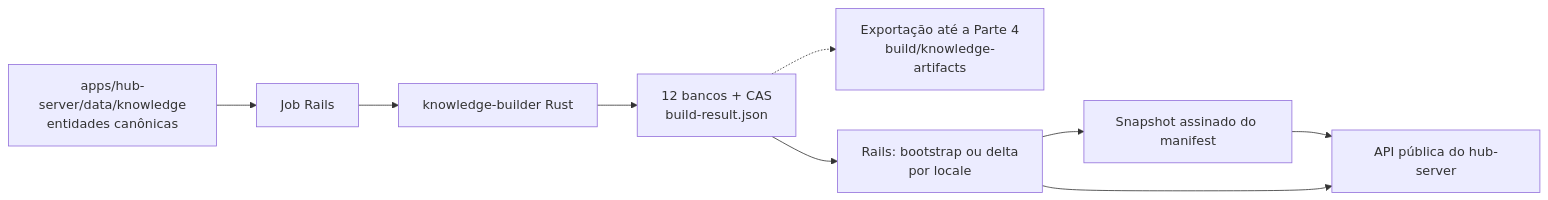
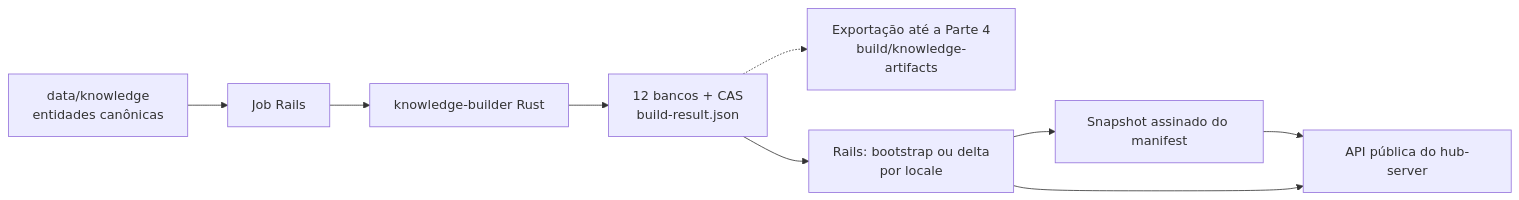
One commit to migmoroni/veterinary-clinic changed the first of 2 diagrams in docs/plans/hub-server/03-public-knowledge-publication.md. Above: the diagram before and after it, drawn with Mermaid. The commit also changed other lines of this file and 9 other files, not shown here.

Commit message:
docs: hub-server plans 6

````diff
--- a/docs/plans/hub-server/03-public-knowledge-publication.md
+++ b/docs/plans/hub-server/03-public-knowledge-publication.md
@@ -15,11 +15,11 @@
 ```mermaid
 flowchart LR
-    SOURCE["apps/hub-server/data/knowledge<br/>entidades canônicas"] --> JOB["Job Rails"]
+    SOURCE["data/knowledge<br/>entidades canônicas"] --> JOB["Job Rails"]
     JOB --> BUILDER["knowledge-builder Rust"]
     BUILDER --> CANDIDATE["12 bancos + CAS<br/>build-result.json"]
     CANDIDATE -.-> WORKSPACE["Exportação até a Parte 4<br/>build/knowledge-artifacts"]
     CANDIDATE --> RELEASE["Rails: bootstrap ou delta<br/>por locale"]
     RELEASE --> MANIFEST["Snapshot assinado do manifest"]
     MANIFEST --> API["API pública do hub-server"]
     RELEASE --> API
 ```
````
